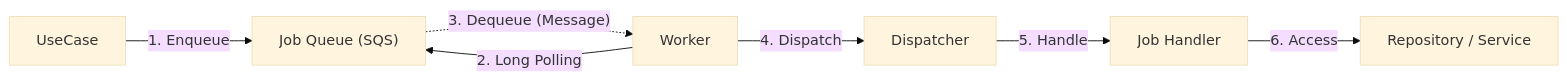
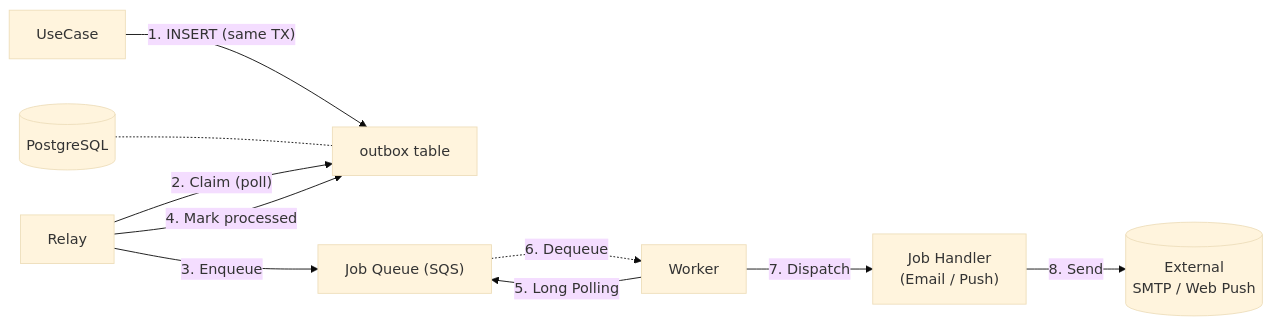
The third of 3 diagrams in backend/README.md (seka/fish-auction), drawn with Mermaid (base theme) before and after one commit. The commit also changed other lines of this file, not shown here.

Commit message:
docs: document asynchronous processing architecture in README

````diff
--- a/backend/README.md
+++ b/backend/README.md
@@ -54,9 +55,12 @@
 ```mermaid
 graph LR
-    U[UseCase] -- "1. Enqueue" --> Q["Job Queue (SQS)"]
-    W[Worker] -- "2. Long Polling" --> Q
-    Q -. "3. Dequeue (Message)" .-> W
-    W -- "4. Dispatch" --> D[Dispatcher]
-    D -- "5. Handle" --> JH[Job Handler]
-    JH -- "6. Access" --> R["Repository / Service"]
+    U[UseCase] -- "1. INSERT (same TX)" --> O["outbox table"]
+    DB[(PostgreSQL)] -.- O
+    R[Relay] -- "2. Claim (poll)" --> O
+    R -- "3. Enqueue" --> Q["Job Queue (SQS)"]
+    R -- "4. Mark processed" --> O
+    W[Worker] -- "5. Long Polling" --> Q
+    Q -. "6. Dequeue" .-> W
+    W -- "7. Dispatch" --> JH["Job Handler<br/>(Email / Push)"]
+    JH -- "8. Send" --> EXT[("External<br/>SMTP / Web Push")]
 ```
````
